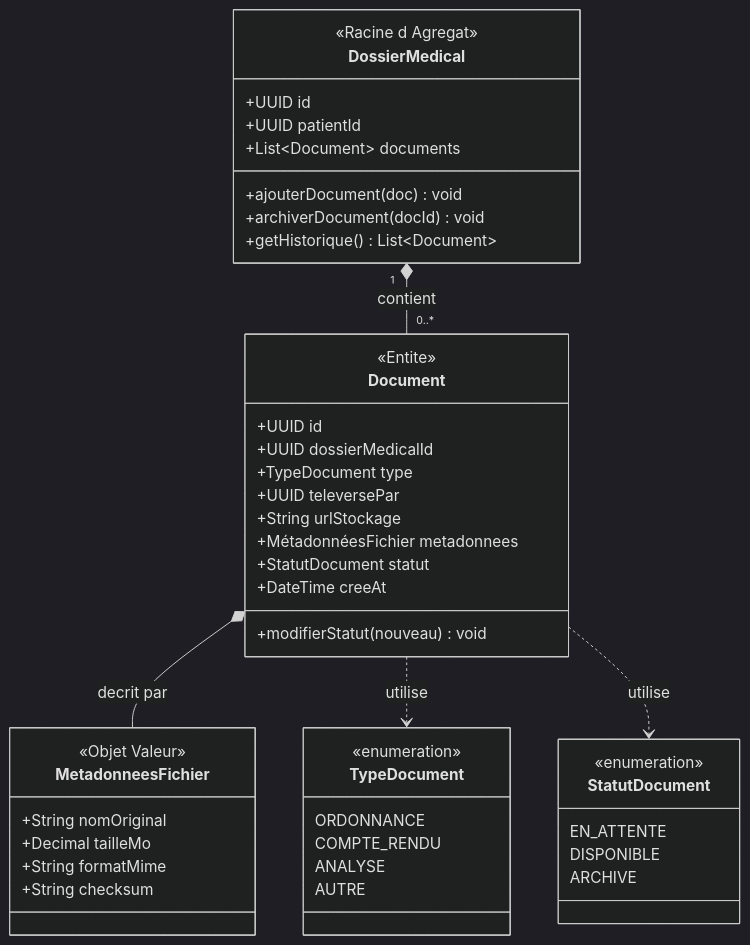
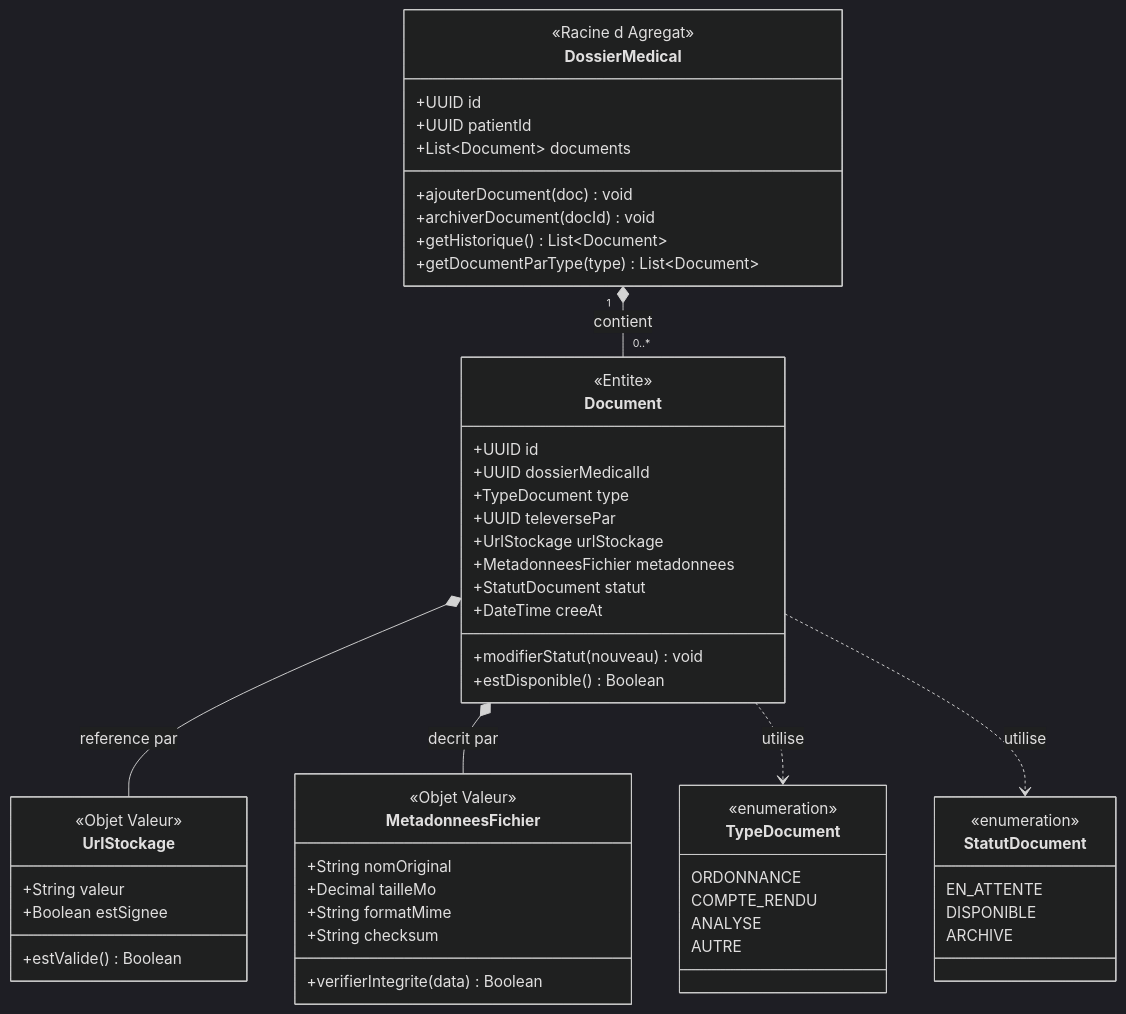
Before and after one commit to bassimtbb/test-read-me: the fourth of 8 diagrams in README.md, drawn with Mermaid (dark theme). The commit also changed other lines of this file, not shown here.

````diff
--- a/README.md
+++ b/README.md
@@ -492,53 +520,64 @@
 ```mermaid
 classDiagram
     class TypeDocument {
         <<enumeration>>
         ORDONNANCE
         COMPTE_RENDU
         ANALYSE
         AUTRE
     }
 
     class StatutDocument {
         <<enumeration>>
         EN_ATTENTE
         DISPONIBLE
         ARCHIVE
     }
 
     class DossierMedical {
         <<Racine d Agregat>>
         +UUID id
         +UUID patientId
         +List~Document~ documents
         +ajouterDocument(doc) void
         +archiverDocument(docId) void
         +getHistorique() List~Document~
+        +getDocumentParType(type) List~Document~
     }
 
     class Document {
         <<Entite>>
         +UUID id
         +UUID dossierMedicalId
         +TypeDocument type
         +UUID televersePar
-        +String urlStockage
-        +MétadonnéesFichier metadonnees
+        +UrlStockage urlStockage
+        +MetadonneesFichier metadonnees
         +StatutDocument statut
         +DateTime creeAt
         +modifierStatut(nouveau) void
+        +estDisponible() Boolean
+    }
+
+    class UrlStockage {
+        <<Objet Valeur>>
+        +String valeur
+        +Boolean estSignee
+        +estValide() Boolean
     }
 
     class MetadonneesFichier {
         <<Objet Valeur>>
         +String nomOriginal
         +Decimal tailleMo
         +String formatMime
         +String checksum
+        +verifierIntegrite(data) Boolean
     }
 
     DossierMedical "1" *-- "0..*" Document : contient
+    Document *-- UrlStockage : reference par
     Document *-- MetadonneesFichier : decrit par
     Document ..> TypeDocument : utilise
     Document ..> StatutDocument : utilise
 ```
````
